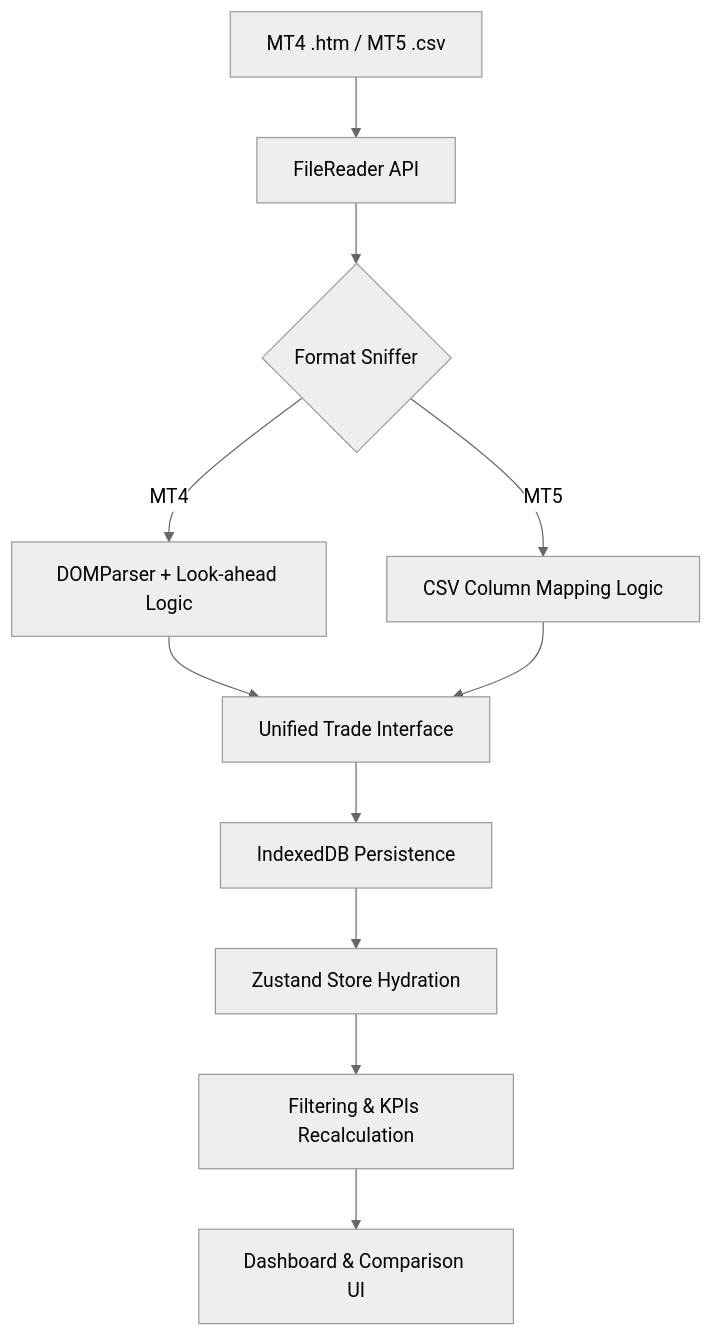
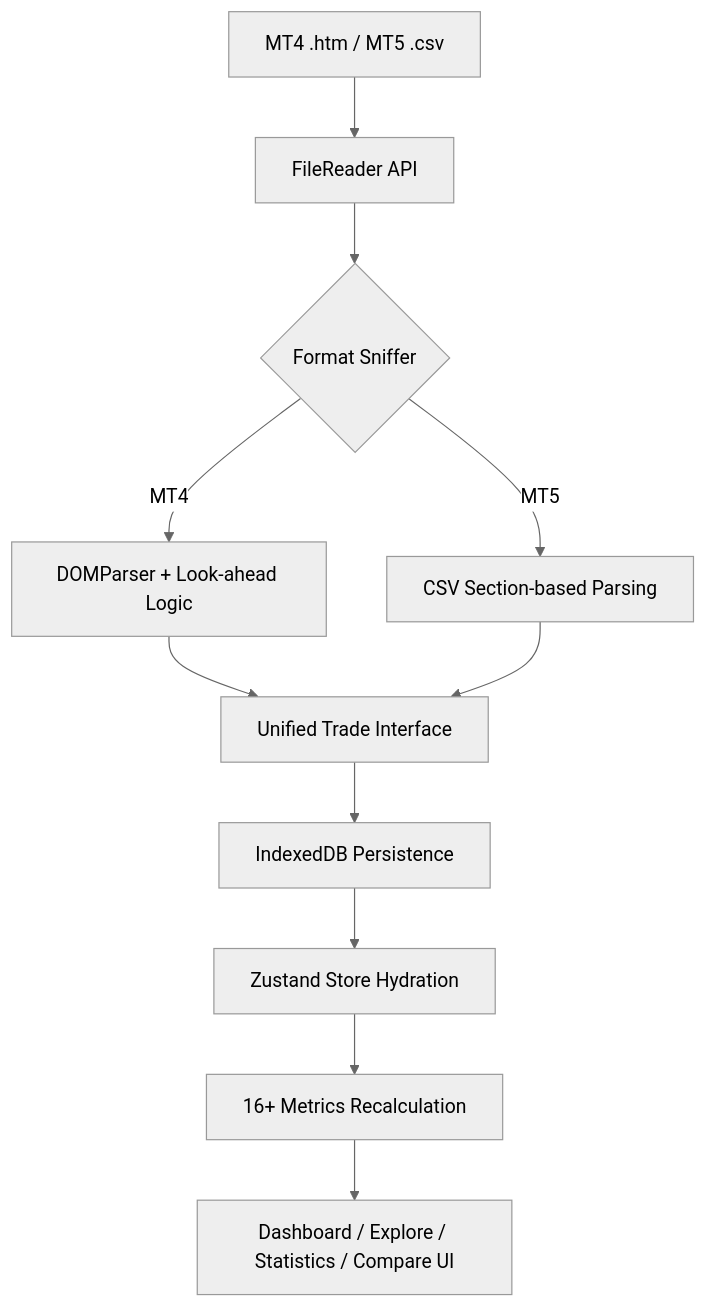
The diagram in metatrader-analyzer-skills/system-design.md (tuannho0802/MetaTrader-Report-Analzyer), drawn with Mermaid (neutral theme) before and after one commit. The commit also changed other lines of this file and 13 other files, not shown here.

````diff
--- a/metatrader-analyzer-skills/system-design.md
+++ b/metatrader-analyzer-skills/system-design.md
@@ -36,13 +39,13 @@
 ```mermaid
 graph TD
     A[MT4 .htm / MT5 .csv] --> B[FileReader API]
     B --> C{Format Sniffer}
     C -->|MT4| D1[DOMParser + Look-ahead Logic]
-    C -->|MT5| D2[CSV Column Mapping Logic]
+    C -->|MT5| D2[CSV Section-based Parsing]
     D1 --> E[Unified Trade Interface]
     D2 --> E
     E --> F[IndexedDB Persistence]
     F --> G[Zustand Store Hydration]
-    G --> H[Filtering & KPIs Recalculation]
-    H --> I[Dashboard & Comparison UI]
+    G --> H[16+ Metrics Recalculation]
+    H --> I[Dashboard / Explore / Statistics / Compare UI]
 ```
````
